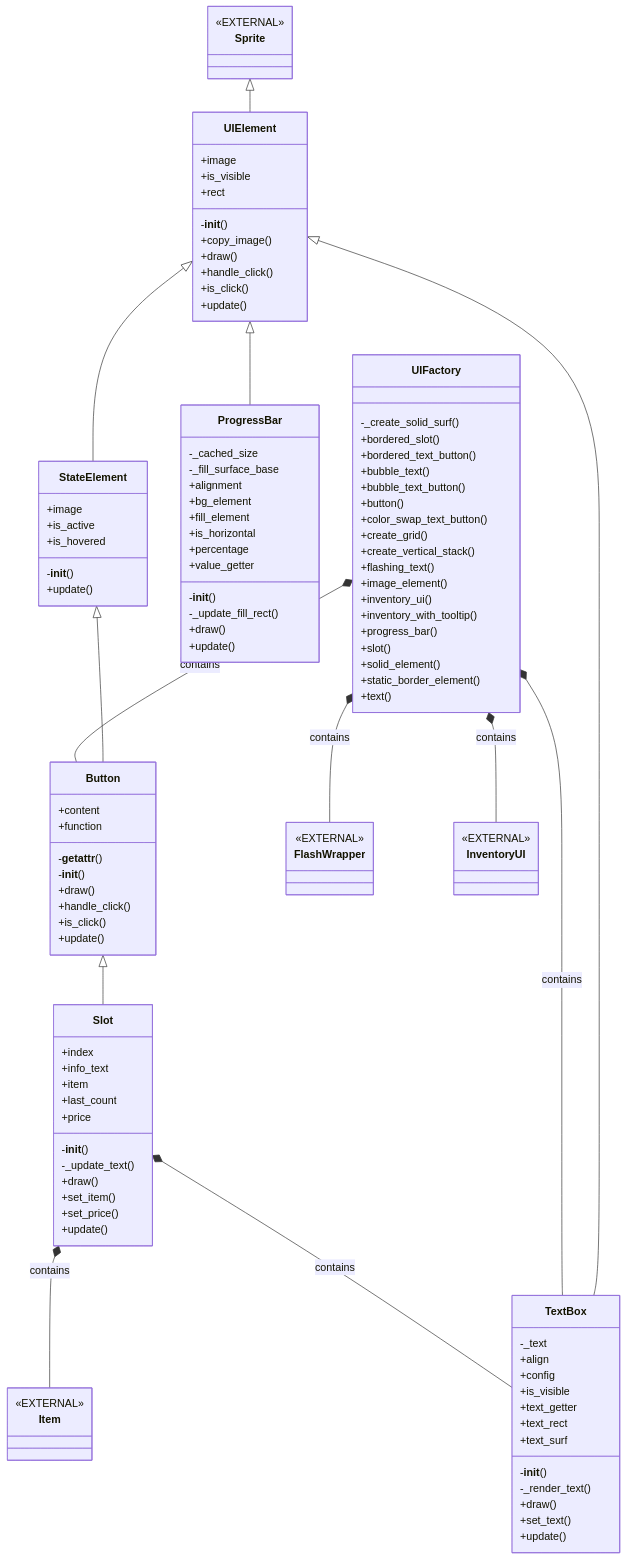
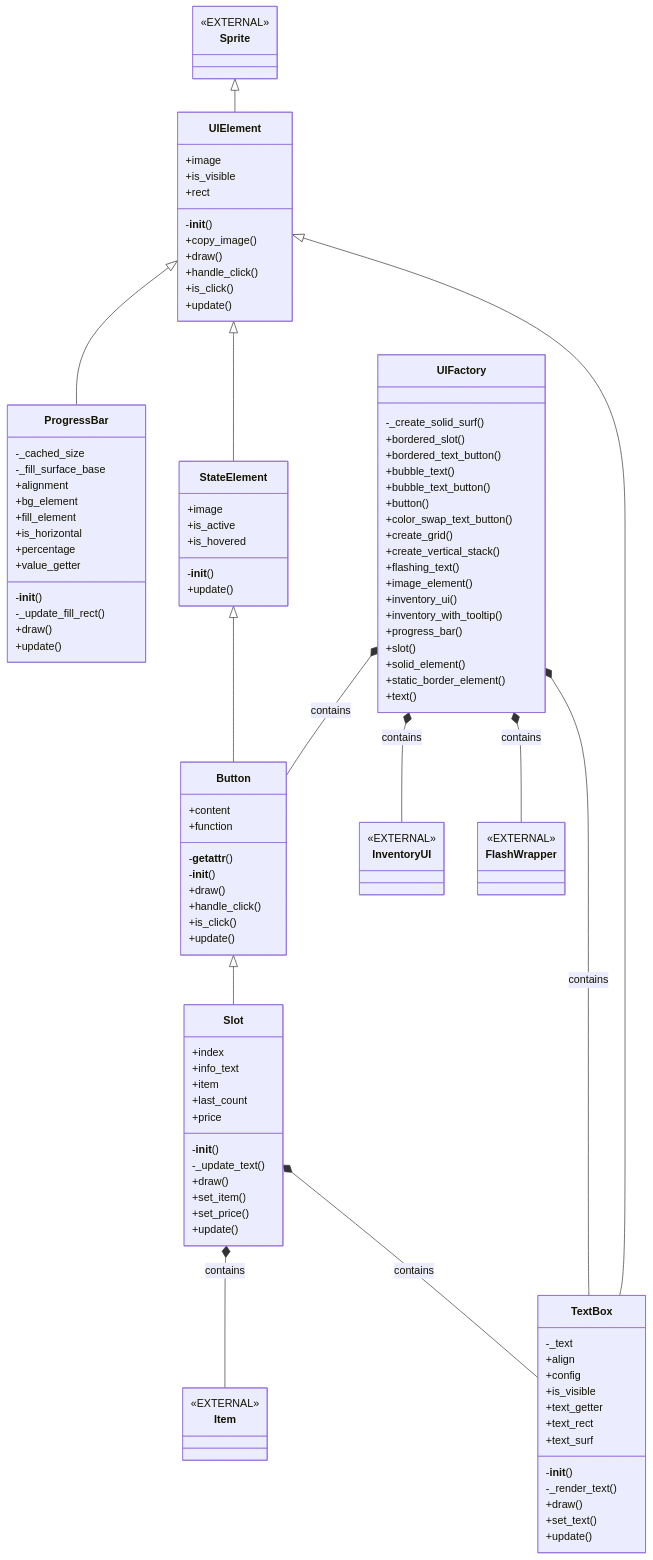
Before and after one commit to FlamboyantKiwi/Python-Plant-Sim: the diagram in uml/elements_ui_factory_uml.md, drawn with Mermaid. The commit also changed other lines of this file and 11 other files, not shown here.

First line of the commit message:
Make UML generation robust; update UML docs

```diff
--- a/uml/elements_ui_factory_uml.md
+++ b/uml/elements_ui_factory_uml.md
@@ -6,12 +6,12 @@
     Button <|-- Slot
     UIElement <|-- StateElement
     UIElement <|-- TextBox
+    UIFactory *-- Button : contains
+    UIFactory *-- InventoryUI : contains
+    UIFactory *-- FlashWrapper : contains
+    UIFactory *-- TextBox : contains
     Slot *-- Item : contains
-    UIFactory *-- TextBox : contains
-    UIFactory *-- FlashWrapper : contains
-    UIFactory *-- InventoryUI : contains
     Slot *-- TextBox : contains
-    UIFactory *-- Button : contains
     class FlashWrapper {
         <<EXTERNAL>>
     }
```
